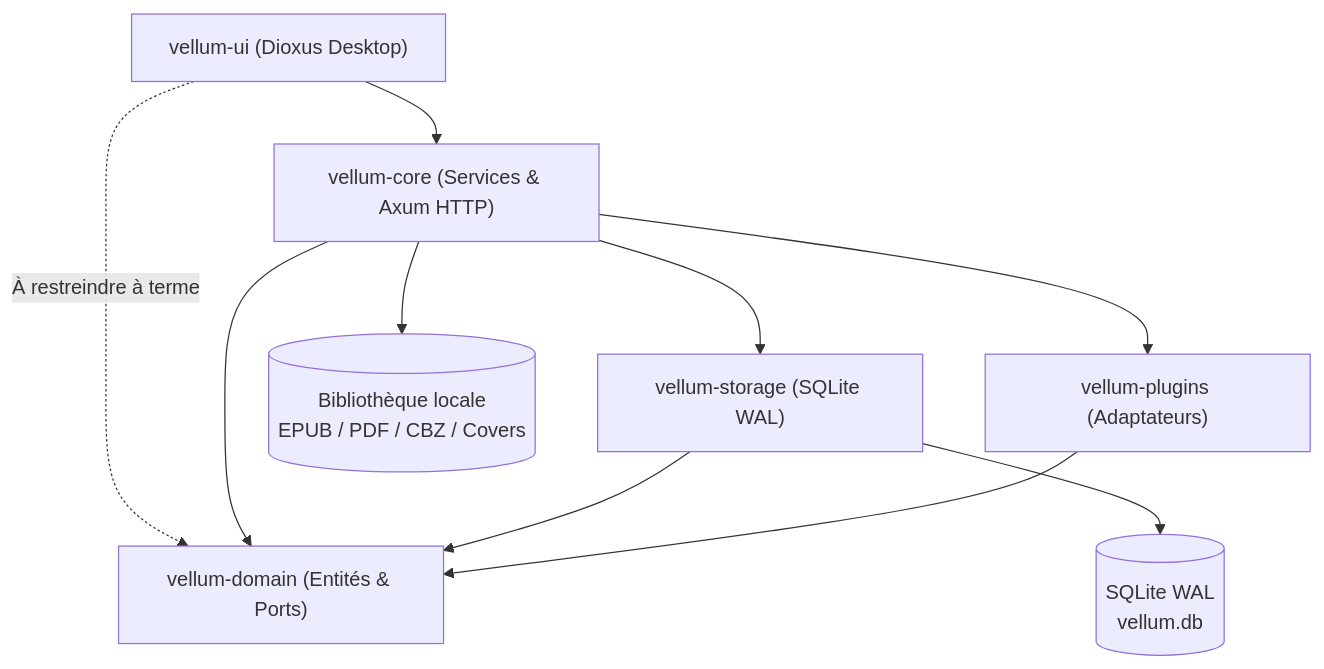
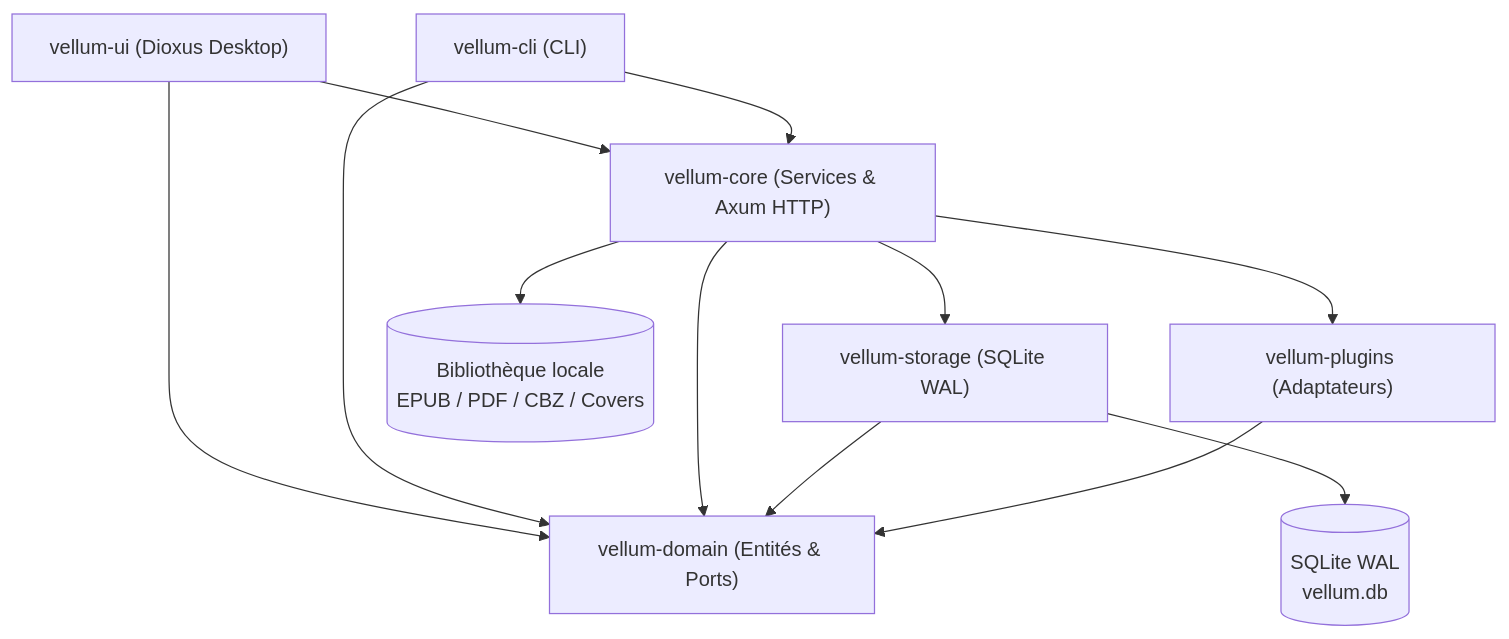
Before and after one commit to asmolabs/vellum: the second of 3 diagrams in docs/architecture-c4.md, drawn with Mermaid. The commit also changed other lines of this file and 11 other files, not shown here.

````diff
--- a/docs/architecture-c4.md
+++ b/docs/architecture-c4.md
@@ -29,13 +29,15 @@
 ```mermaid
 flowchart TD
     UI["vellum-ui (Dioxus Desktop)"] --> Core["vellum-core (Services & Axum HTTP)"]
-    UI -.->|"À restreindre à terme"| Domain["vellum-domain (Entités & Ports)"]
+    UI --> Domain["vellum-domain (Entités & Ports)"]
+    CLI["vellum-cli (CLI)"] --> Core
+    CLI --> Domain
     Core --> Domain
     Core --> Storage["vellum-storage (SQLite WAL)"]
     Core --> Plugins["vellum-plugins (Adaptateurs)"]
     Storage --> Domain
     Plugins --> Domain
 
     Storage --> DB[("SQLite WAL\nvellum.db")]
     Core --> Files[("Bibliothèque locale\nEPUB / PDF / CBZ / Covers")]
 ```
````
